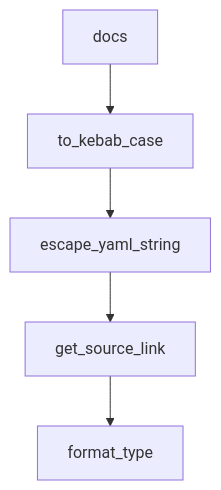
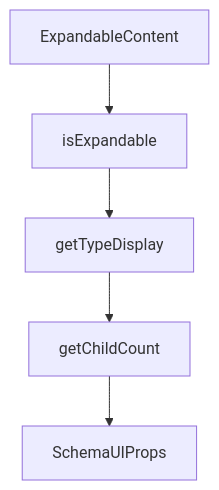
The diagram in tutorials/composio-tutorial/06-mcp-server-patterns-and-toolkit-control.md (johnxie/awesome-code-docs), drawn with Mermaid before and after one commit. The commit also changed other lines of this file and 1232 other files, not shown here.

````diff
--- a/tutorials/composio-tutorial/06-mcp-server-patterns-and-toolkit-control.md
+++ b/tutorials/composio-tutorial/06-mcp-server-patterns-and-toolkit-control.md
@@ -220,12 +218,12 @@
 ```mermaid
 flowchart TD
-    A[docs]
-    B[to_kebab_case]
-    C[escape_yaml_string]
-    D[get_source_link]
-    E[format_type]
+    A[ExpandableContent]
+    B[isExpandable]
+    C[getTypeDisplay]
+    D[getChildCount]
+    E[SchemaUIProps]
     A --> B
     B --> C
     C --> D
     D --> E
 ```
````
